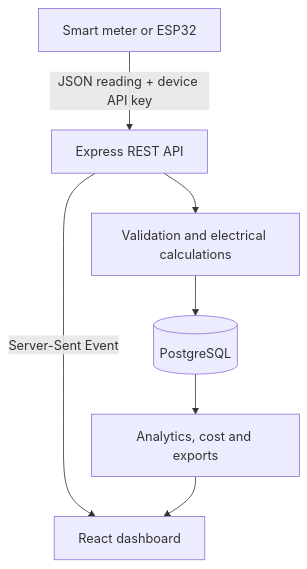
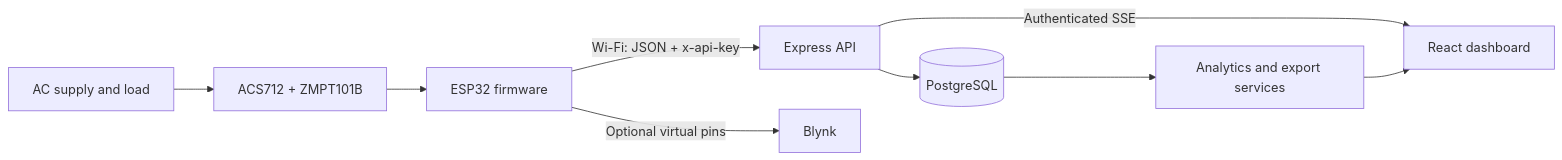
The first of 4 diagrams in README.md (Agnibha-31/IoT-based-Smart-Energy-Meter), drawn with Mermaid before and after one commit. The commit also changed other lines of this file, not shown here.

````diff
--- a/README.md
+++ b/README.md
@@ -45,9 +73,11 @@
 ```mermaid
-flowchart TD
-    A["Smart meter or ESP32"] -->|"JSON reading + device API key"| B["Express REST API"]
-    B --> C["Validation and electrical calculations"]
-    C --> D[("PostgreSQL")]
-    D --> E["Analytics, cost and exports"]
-    B -->|"Server-Sent Event"| F["React dashboard"]
-    E --> F
+flowchart LR
+    A["AC supply and load"] --> B["ACS712 + ZMPT101B"]
+    B --> C["ESP32 firmware"]
+    C -->|"Wi-Fi: JSON + x-api-key"| D["Express API"]
+    C -->|"Optional virtual pins"| E["Blynk"]
+    D --> F[("PostgreSQL")]
+    F --> G["Analytics and export services"]
+    D -->|"Authenticated SSE"| H["React dashboard"]
+    G --> H
 ```
````
